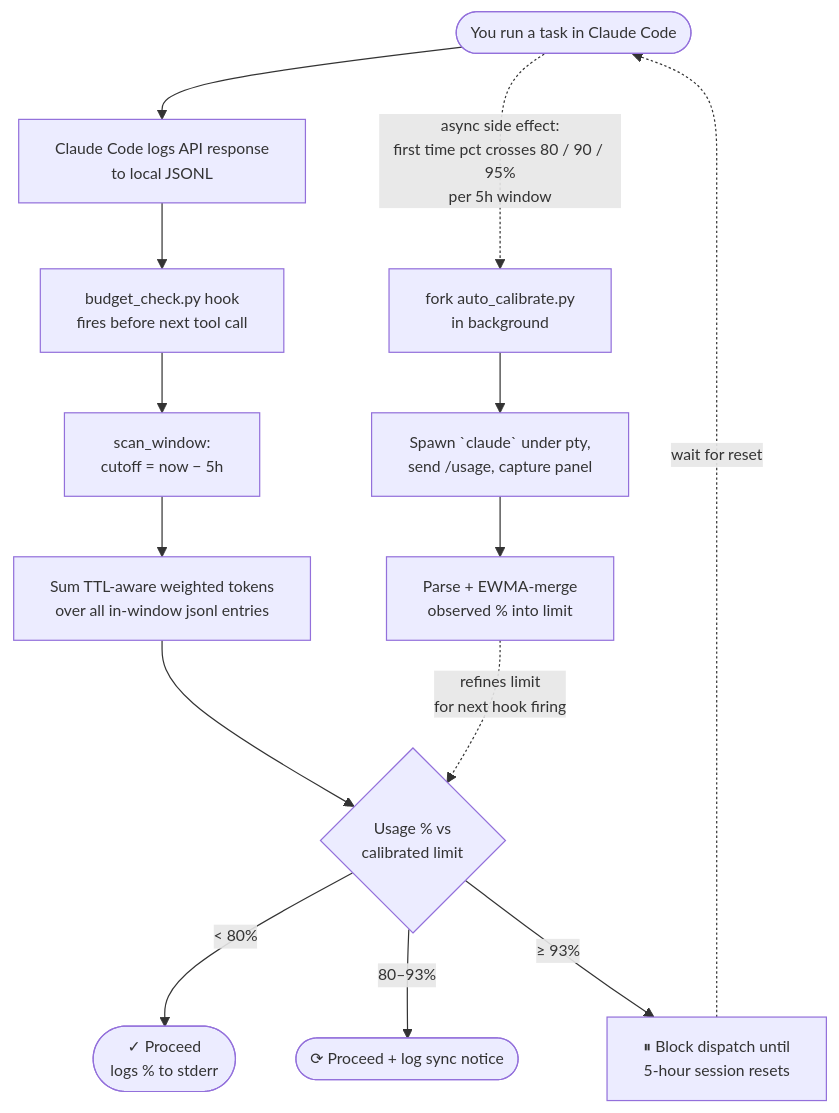
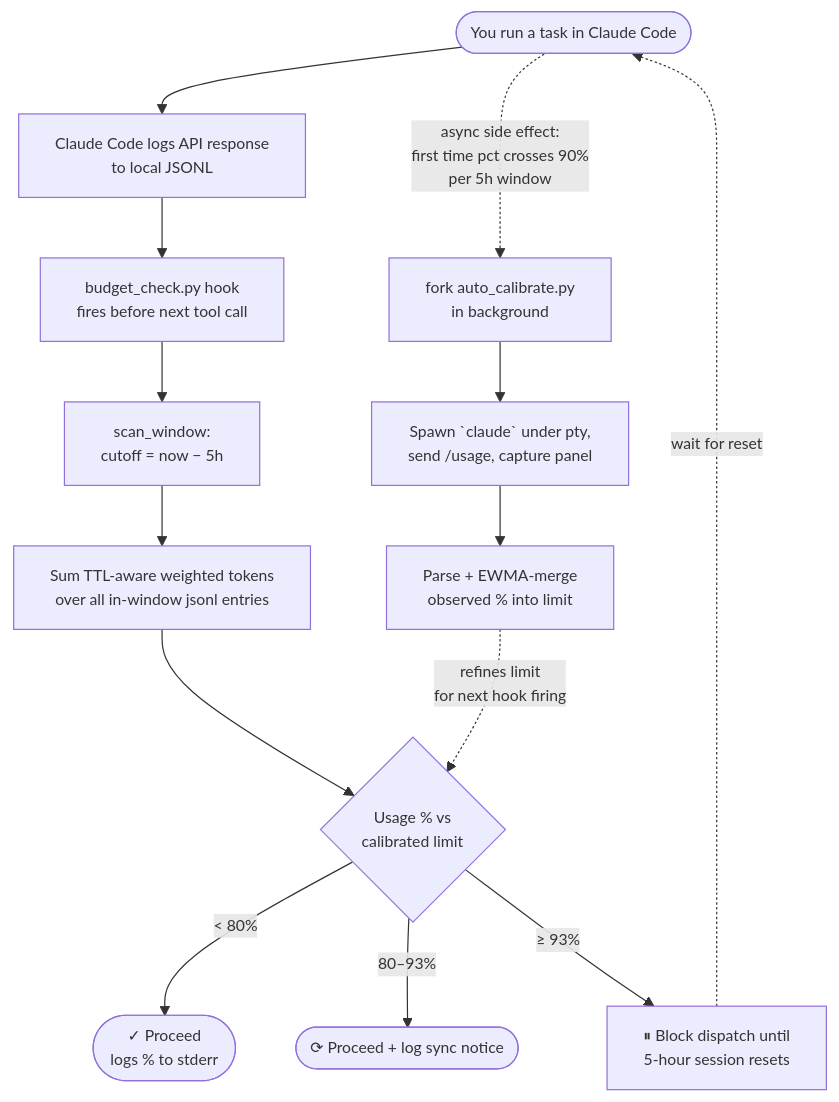
Before and after one commit to Star001-KR/claude-session-budget: the diagram in README.md, drawn with Mermaid. The commit also changed other lines of this file and 5 other files, not shown here.

````diff
--- a/README.md
+++ b/README.md
@@ -14,18 +14,18 @@
 ```mermaid
 %%{init: {'themeVariables': {'fontSize': '13px'}}}%%
 flowchart TD
     A([You run a task in Claude Code]) --> B[Claude Code logs API response<br/>to local JSONL]
     B --> C[budget_check.py hook<br/>fires before next tool call]
     C --> D[scan_window:<br/>cutoff = now − 5h]
     D --> F[Sum TTL-aware weighted tokens<br/>over all in-window jsonl entries]
     F --> G{Usage % vs<br/>calibrated limit}
     G -->|&lt; 80%| H([✓ Proceed<br/>logs % to stderr])
     G -->|80–93%| I([⟳ Proceed + log sync notice])
     G -->|≥ 93%| J[⏸ Block dispatch until<br/>5-hour session resets]
     J -.->|wait for reset| A
 
-    A -.->|async side effect:<br/>first time pct crosses 80 / 90 / 95%<br/>per 5h window| K[fork auto_calibrate.py<br/>in background]
+    A -.->|async side effect:<br/>first time pct crosses 90%<br/>per 5h window| K[fork auto_calibrate.py<br/>in background]
     K --> L[Spawn `claude` under pty,<br/>send /usage, capture panel]
     L --> M[Parse + EWMA-merge<br/>observed % into limit]
     M -.->|refines limit<br/>for next hook firing| G
 ```
````
